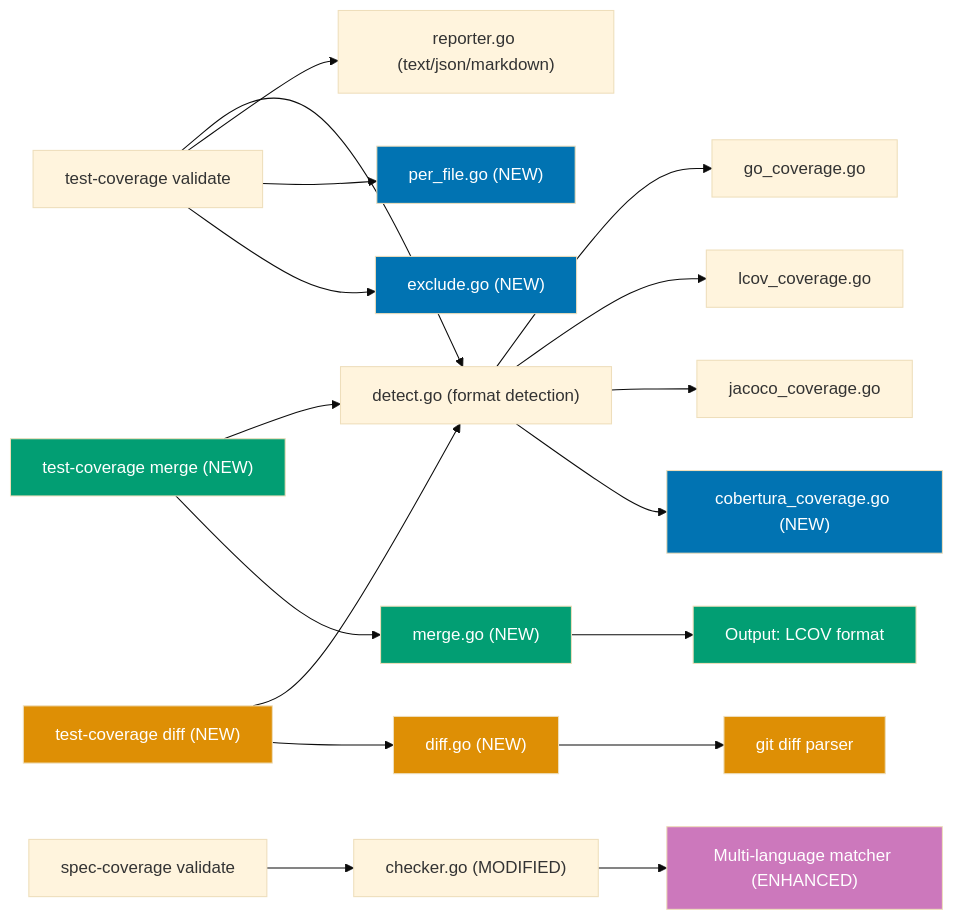
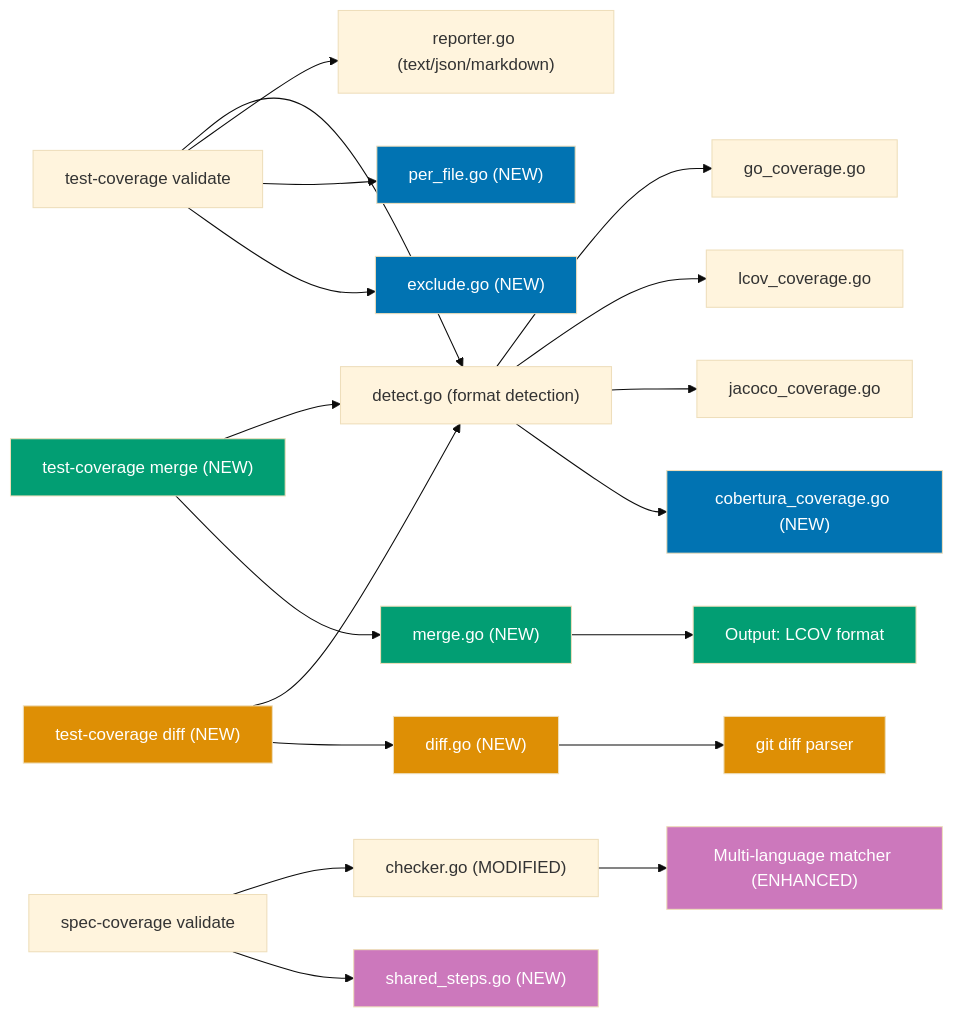
Before and after one commit to wahidyankf/ose-public: the diagram in plans/in-progress/2026-03-19__rhino-cli-coverage-improvements/tech-docs.md, drawn with Mermaid (base theme). The commit also changed other lines of this file and 2 other files, not shown here.

````diff
--- a/plans/in-progress/2026-03-19__rhino-cli-coverage-improvements/tech-docs.md
+++ b/plans/in-progress/2026-03-19__rhino-cli-coverage-improvements/tech-docs.md
@@ -9,34 +9,36 @@
 ```mermaid
 graph LR
     A["test-coverage validate"] --> B["detect.go (format detection)"]
     B --> C["go_coverage.go"]
     B --> D["lcov_coverage.go"]
     B --> E["jacoco_coverage.go"]
     B --> F["cobertura_coverage.go (NEW)"]
 
     A --> G["reporter.go (text/json/markdown)"]
     A --> H["per_file.go (NEW)"]
     A --> I["exclude.go (NEW)"]
 
     J["test-coverage merge (NEW)"] --> B
     J --> K["merge.go (NEW)"]
     K --> L["Output: LCOV format"]
 
     M["test-coverage diff (NEW)"] --> B
     M --> N["diff.go (NEW)"]
     N --> O["git diff parser"]
 
     P["spec-coverage validate"] --> Q["checker.go (MODIFIED)"]
     Q --> R["Multi-language matcher (ENHANCED)"]
+    P --> S["shared_steps.go (NEW)"]
 
     style F fill:#0173B2,color:#fff
     style H fill:#0173B2,color:#fff
     style I fill:#0173B2,color:#fff
     style J fill:#029E73,color:#fff
     style K fill:#029E73,color:#fff
     style L fill:#029E73,color:#fff
     style M fill:#DE8F05,color:#fff
     style N fill:#DE8F05,color:#fff
     style O fill:#DE8F05,color:#fff
     style R fill:#CC78BC,color:#fff
+    style S fill:#CC78BC,color:#fff
 ```
````
